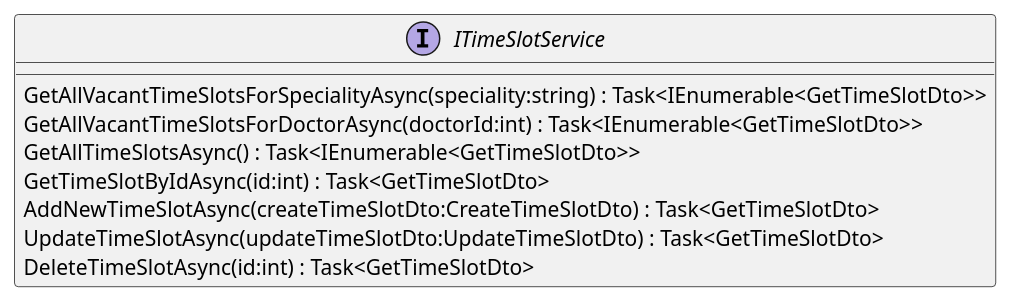
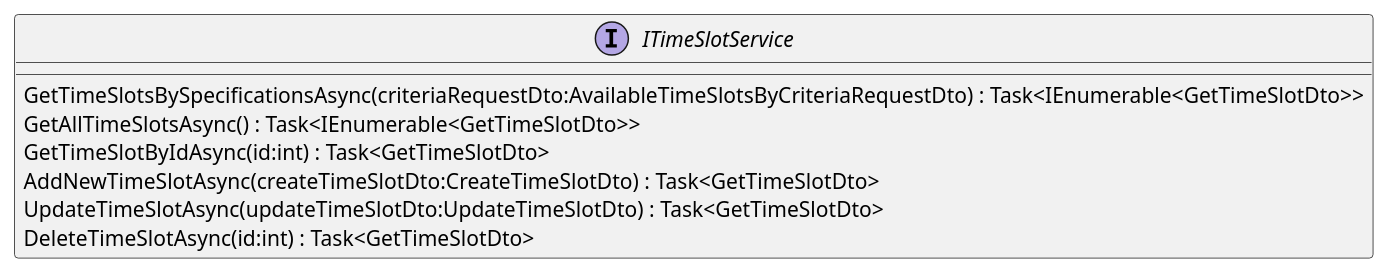
One commit to DenysMalanichev/HospitalRegistrar changed the diagram in UML/HospitalRegistrar.Application/Interfaces/Services/ITimeSlotService.puml. Above: the diagram before and after it, drawn with PlantUML. The commit also changed 49 other files, not shown here.

```diff
--- a/UML/HospitalRegistrar.Application/Interfaces/Services/ITimeSlotService.puml
+++ b/UML/HospitalRegistrar.Application/Interfaces/Services/ITimeSlotService.puml
@@ -1,11 +1,10 @@
 @startuml
 interface ITimeSlotService {
-    GetAllVacantTimeSlotsForSpecialityAsync(speciality:string) : Task<IEnumerable<GetTimeSlotDto>>
-    GetAllVacantTimeSlotsForDoctorAsync(doctorId:int) : Task<IEnumerable<GetTimeSlotDto>>
+    GetTimeSlotsBySpecificationsAsync(criteriaRequestDto:AvailableTimeSlotsByCriteriaRequestDto) : Task<IEnumerable<GetTimeSlotDto>>
     GetAllTimeSlotsAsync() : Task<IEnumerable<GetTimeSlotDto>>
     GetTimeSlotByIdAsync(id:int) : Task<GetTimeSlotDto>
     AddNewTimeSlotAsync(createTimeSlotDto:CreateTimeSlotDto) : Task<GetTimeSlotDto>
     UpdateTimeSlotAsync(updateTimeSlotDto:UpdateTimeSlotDto) : Task<GetTimeSlotDto>
     DeleteTimeSlotAsync(id:int) : Task<GetTimeSlotDto>
 }
 @enduml
```
